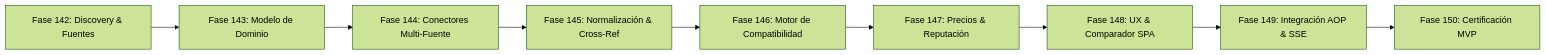
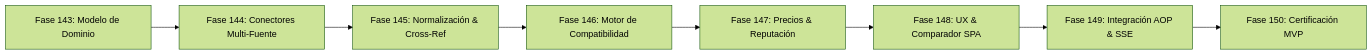
Before and after one commit to johangonzahenri/ai-operating-platform: the third of 4 diagrams in docs/MASTER_WORK_PLAN.md, drawn with Mermaid (forest theme). The commit also changed other lines of this file and 22 other files, not shown here.

````diff
--- a/docs/MASTER_WORK_PLAN.md
+++ b/docs/MASTER_WORK_PLAN.md
@@ -440,11 +486,10 @@
 ```mermaid
 flowchart LR
-    F142["Fase 142: Discovery & Fuentes"] --> F143["Fase 143: Modelo de Dominio"]
-    F143 --> F144["Fase 144: Conectores Multi-Fuente"]
+    F143["Fase 143: Modelo de Dominio"] --> F144["Fase 144: Conectores Multi-Fuente"]
     F144 --> F145["Fase 145: Normalización & Cross-Ref"]
     F145 --> F146["Fase 146: Motor de Compatibilidad"]
     F146 --> F147["Fase 147: Precios & Reputación"]
     F147 --> F148["Fase 148: UX & Comparador SPA"]
     F148 --> F149["Fase 149: Integración AOP & SSE"]
     F149 --> F150["Fase 150: Certificación MVP"]
 ```
````
